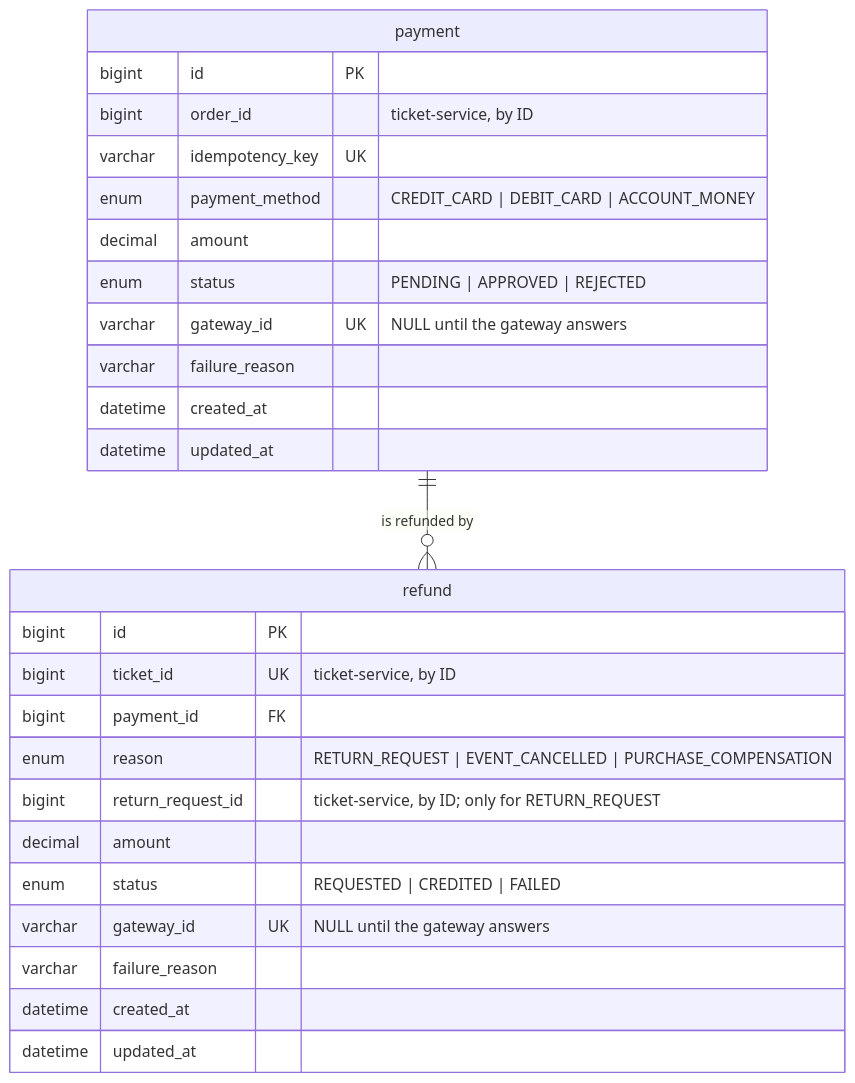
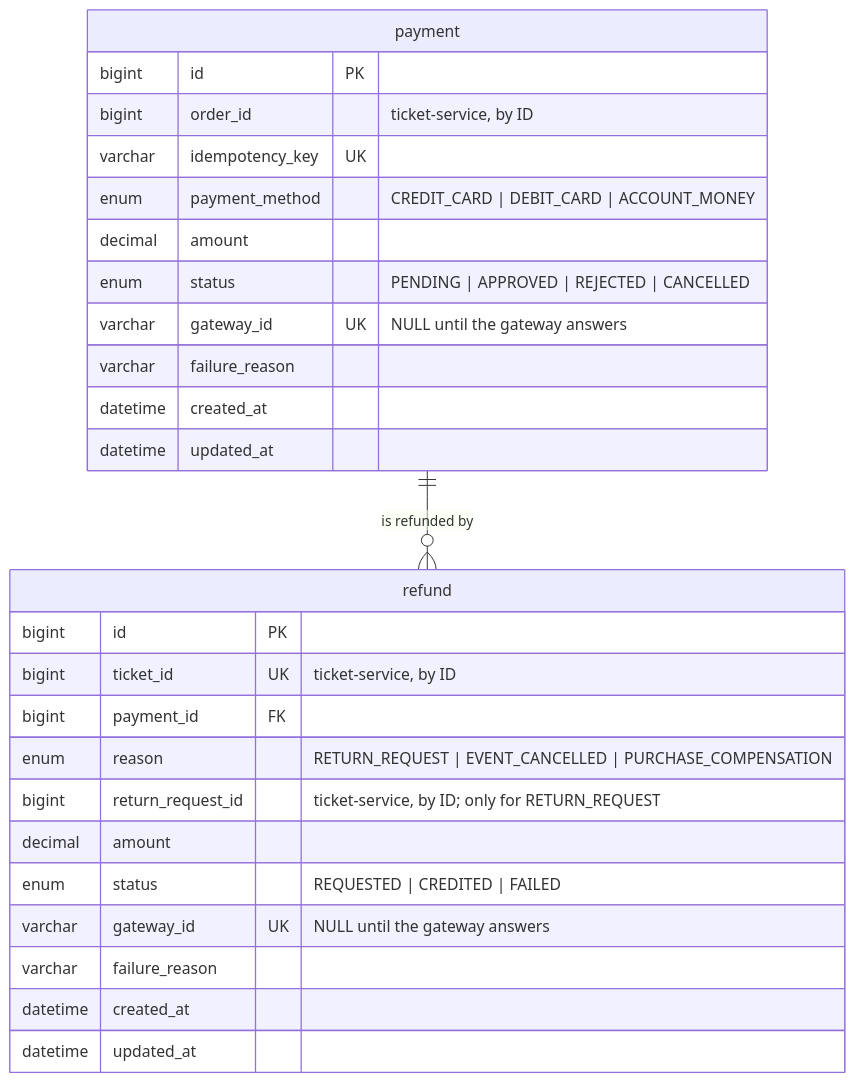
One commit to joaquinblock/TicketYa changed the diagram in docs/architecture/payment-service.md. Above: the diagram before and after it, drawn with Mermaid. The commit also changed other lines of this file and 1 other file, not shown here.

````diff
--- a/docs/architecture/payment-service.md
+++ b/docs/architecture/payment-service.md
@@ -9,30 +9,30 @@
 ```mermaid
 erDiagram
     payment ||--o{ refund : "is refunded by"
 
     payment {
         bigint id PK
         bigint order_id "ticket-service, by ID"
         varchar idempotency_key UK
         enum payment_method "CREDIT_CARD | DEBIT_CARD | ACCOUNT_MONEY"
         decimal amount
-        enum status "PENDING | APPROVED | REJECTED"
+        enum status "PENDING | APPROVED | REJECTED | CANCELLED"
         varchar gateway_id UK "NULL until the gateway answers"
         varchar failure_reason
         datetime created_at
         datetime updated_at
     }
     refund {
         bigint id PK
         bigint ticket_id UK "ticket-service, by ID"
         bigint payment_id FK
         enum reason "RETURN_REQUEST | EVENT_CANCELLED | PURCHASE_COMPENSATION"
         bigint return_request_id "ticket-service, by ID; only for RETURN_REQUEST"
         decimal amount
         enum status "REQUESTED | CREDITED | FAILED"
         varchar gateway_id UK "NULL until the gateway answers"
         varchar failure_reason
         datetime created_at
         datetime updated_at
     }
 ```
````
